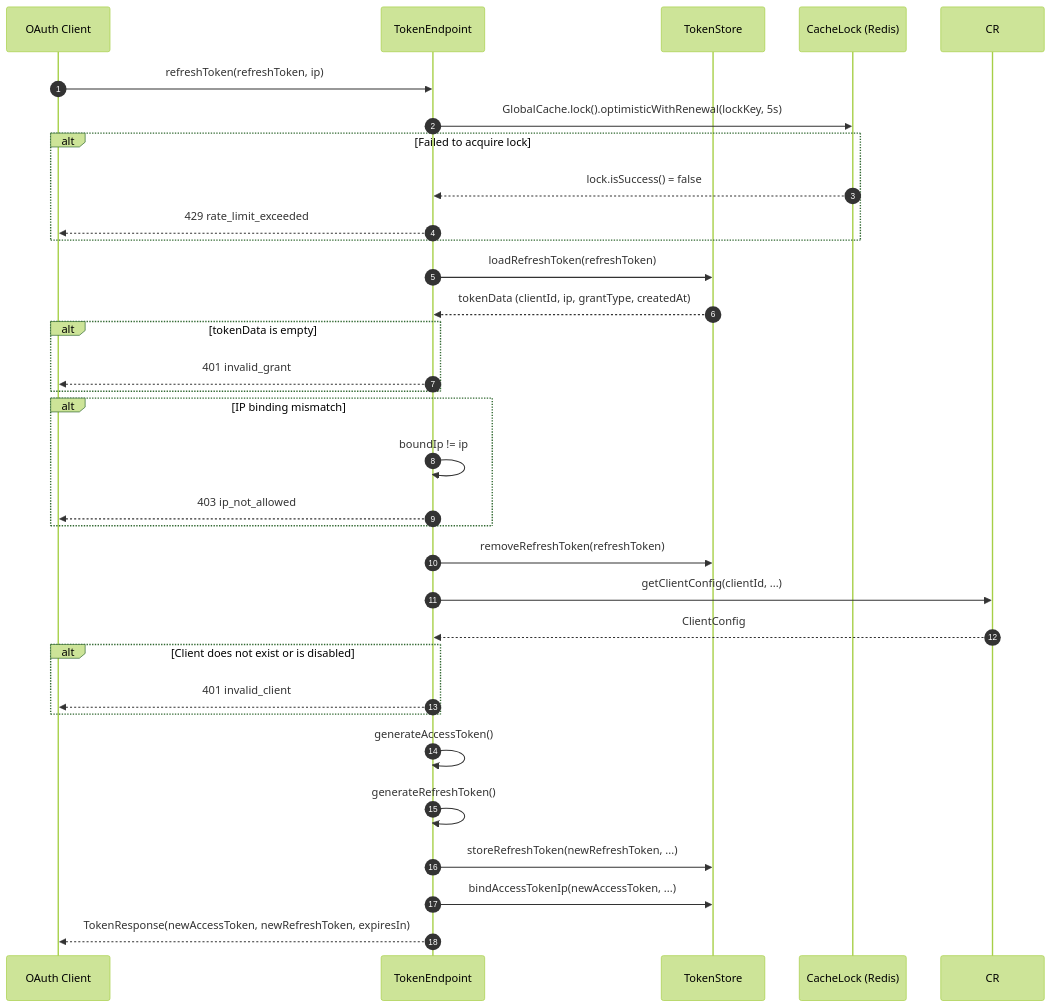
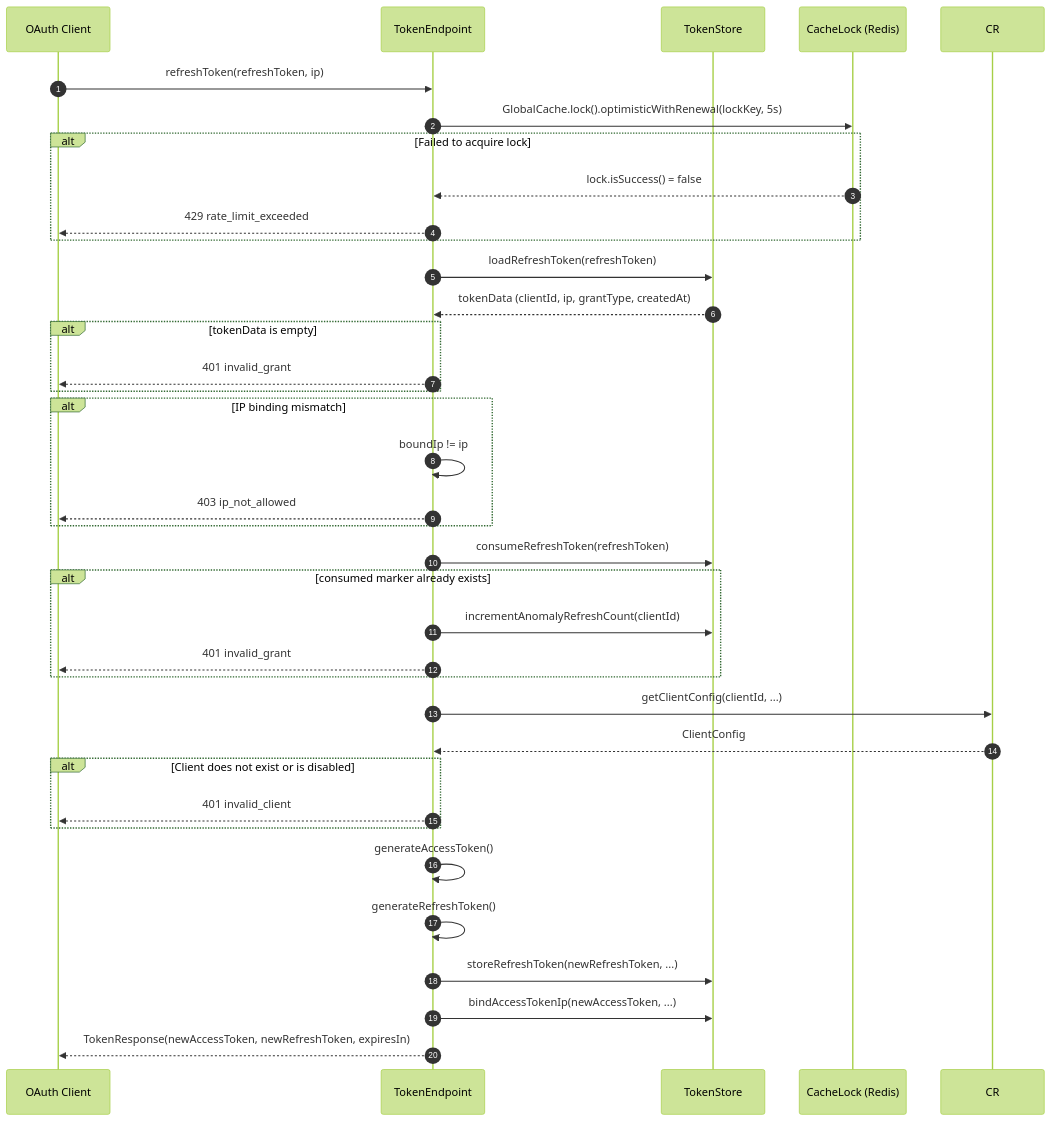
One commit to richie696/atlas-richie-platform changed the sixth of 13 diagrams in atlas-richie-component/atlas-richie-oauth-parent/docs/en/oauth-component-design.md. Above: the diagram before and after it, drawn with Mermaid (forest theme). The commit also changed other lines of this file and 199 other files, not shown here.

````diff
--- a/atlas-richie-component/atlas-richie-oauth-parent/docs/en/oauth-component-design.md
+++ b/atlas-richie-component/atlas-richie-oauth-parent/docs/en/oauth-component-design.md
@@ -391,45 +403,50 @@
 ```mermaid
 sequenceDiagram
     autonumber
     participant Client as OAuth Client
     participant TE as TokenEndpoint
     participant TS as TokenStore
     participant Lock as CacheLock (Redis)
 
     Client->>TE: refreshToken(refreshToken, ip)
     TE->>Lock: GlobalCache.lock().optimisticWithRenewal(lockKey, 5s)
 
     alt Failed to acquire lock
         Lock-->>TE: lock.isSuccess() = false
         TE-->>Client: 429 rate_limit_exceeded
     end
 
     TE->>TS: loadRefreshToken(refreshToken)
     TS-->>TE: tokenData (clientId, ip, grantType, createdAt)
 
     alt tokenData is empty
         TE-->>Client: 401 invalid_grant
     end
 
     alt IP binding mismatch
         TE->>TE: boundIp != ip
         TE-->>Client: 403 ip_not_allowed
     end
 
-    TE->>TS: removeRefreshToken(refreshToken)
+    TE->>TS: consumeRefreshToken(refreshToken)
+
+    alt consumed marker already exists
+        TE->>TS: incrementAnomalyRefreshCount(clientId)
+        TE-->>Client: 401 invalid_grant
+    end
 
     TE->>CR: getClientConfig(clientId, ...)
     CR-->>TE: ClientConfig
 
     alt Client does not exist or is disabled
         TE-->>Client: 401 invalid_client
     end
 
     TE->>TE: generateAccessToken()
     TE->>TE: generateRefreshToken()
 
     TE->>TS: storeRefreshToken(newRefreshToken, ...)
     TE->>TS: bindAccessTokenIp(newAccessToken, ...)
 
     TE-->>Client: TokenResponse(newAccessToken, newRefreshToken, expiresIn)
 ```
````
